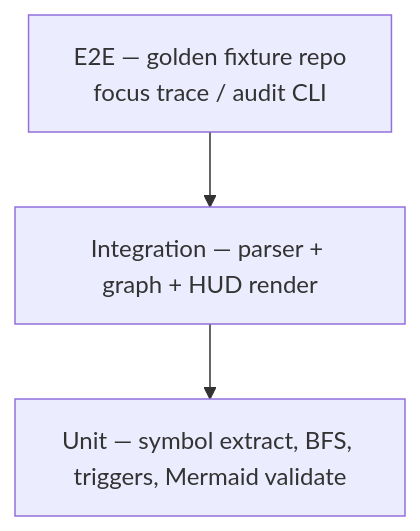
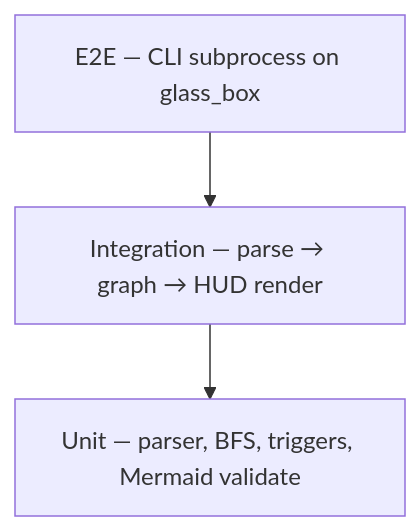
The second of 2 diagrams in docs/TESTING.md (j0viane/focus), drawn with Mermaid before and after one commit. The commit also changed other lines of this file and 1 other file, not shown here.

First line of the commit message:
Shift testing earlier: fixture Week 1, tests grow with each feature week.

````diff
--- a/docs/TESTING.md
+++ b/docs/TESTING.md
@@ -18,8 +43,8 @@
 ```mermaid
 flowchart TB
-    E2E[E2E — golden fixture repo<br/>focus trace / audit CLI]
-    INT[Integration — parser + graph + HUD render]
-    UNIT[Unit — symbol extract, BFS, triggers, Mermaid validate]
+    E2E[E2E — CLI subprocess on glass_box]
+    INT[Integration — parse → graph → HUD render]
+    UNIT[Unit — parser, BFS, triggers, Mermaid validate]
 
     E2E --> INT --> UNIT
 ```
````
